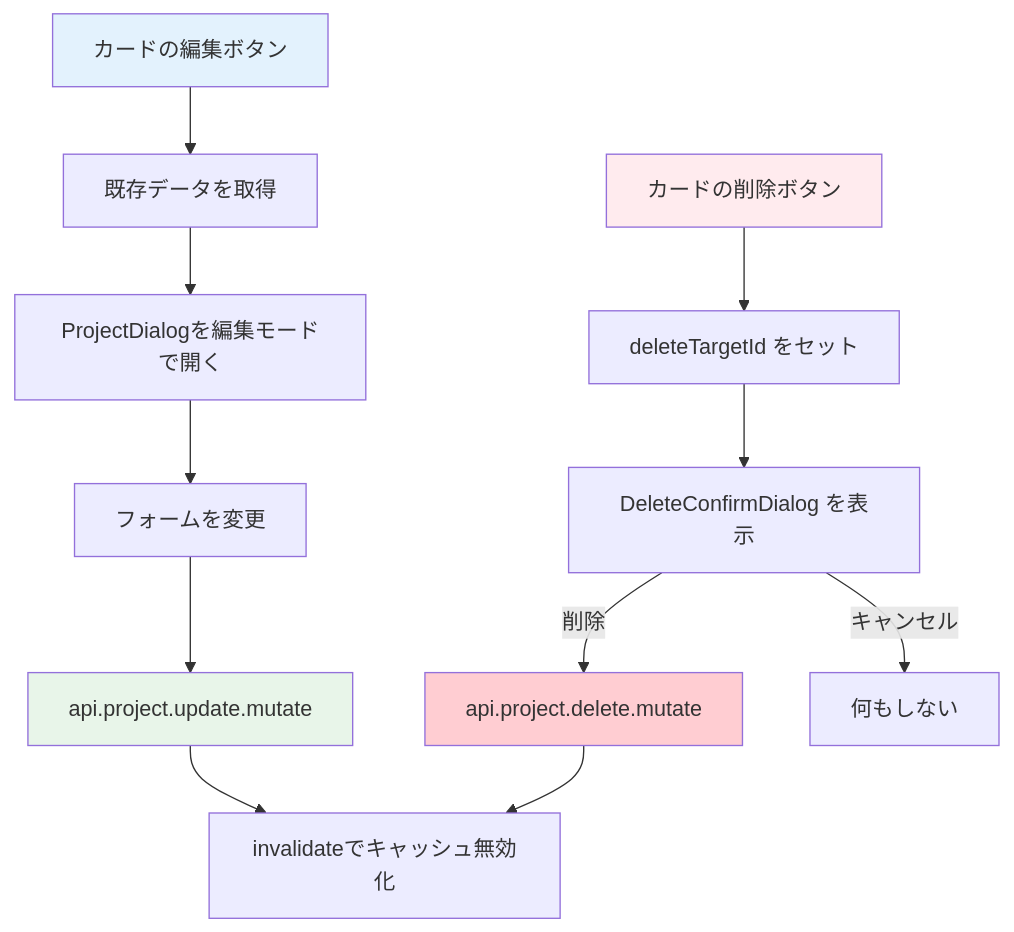
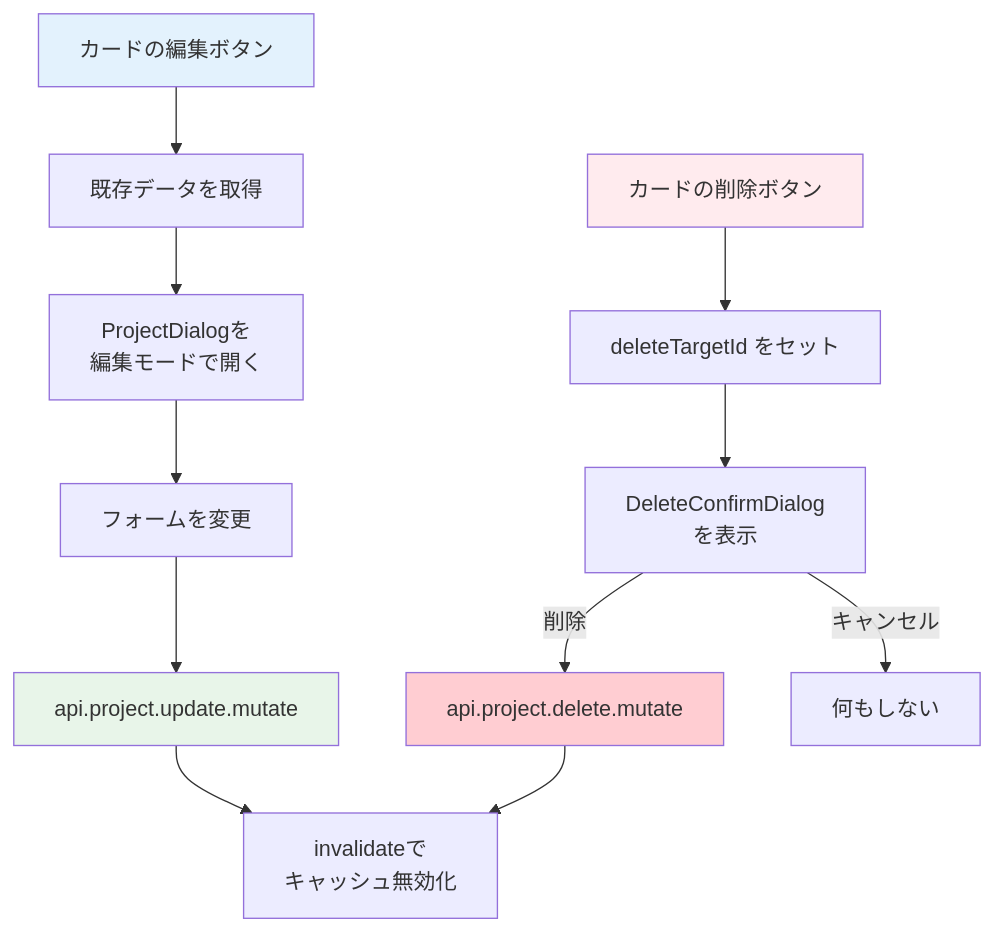
One commit to kouiso/task-app changed the first of 3 diagrams in material/30days-curriculum/day11_プロジェクト編集・削除.md. Above: the diagram before and after it, drawn with Mermaid. The commit also changed other lines of this file and 24 other files, not shown here.

First line of the commit message:
fix(material): Mermaid 図のファイル名キャプションとノード途中折れを直す (#457) (#718)

````diff
--- a/material/30days-curriculum/day11_プロジェクト編集・削除.md
+++ b/material/30days-curriculum/day11_プロジェクト編集・削除.md
@@ -29,19 +29,19 @@
 ```mermaid
 flowchart TD
     A[カードの編集ボタン] --> B[既存データを取得]
-    B --> C[ProjectDialogを編集モードで開く]
+    B --> C[ProjectDialogを<br/>編集モードで開く]
     C --> D[フォームを変更]
     D --> E[api.project.update.mutate]
-    E --> F[invalidateでキャッシュ無効化]
+    E --> F[invalidateで<br/>キャッシュ無効化]
 
     G[カードの削除ボタン] --> H[deleteTargetId をセット]
-    H --> I[DeleteConfirmDialog を表示]
+    H --> I[DeleteConfirmDialog<br/>を表示]
     I -->|削除| J[api.project.delete.mutate]
     I -->|キャンセル| K[何もしない]
     J --> F
 
     style A fill:#e3f2fd
     style E fill:#e8f5e9
     style G fill:#ffebee
     style J fill:#ffcdd2
 ```
````
